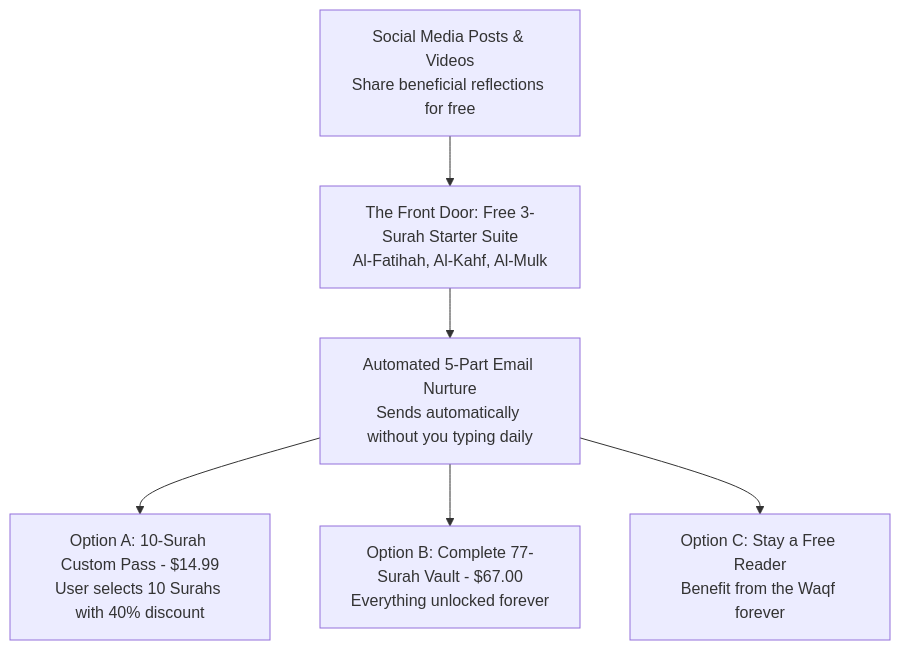
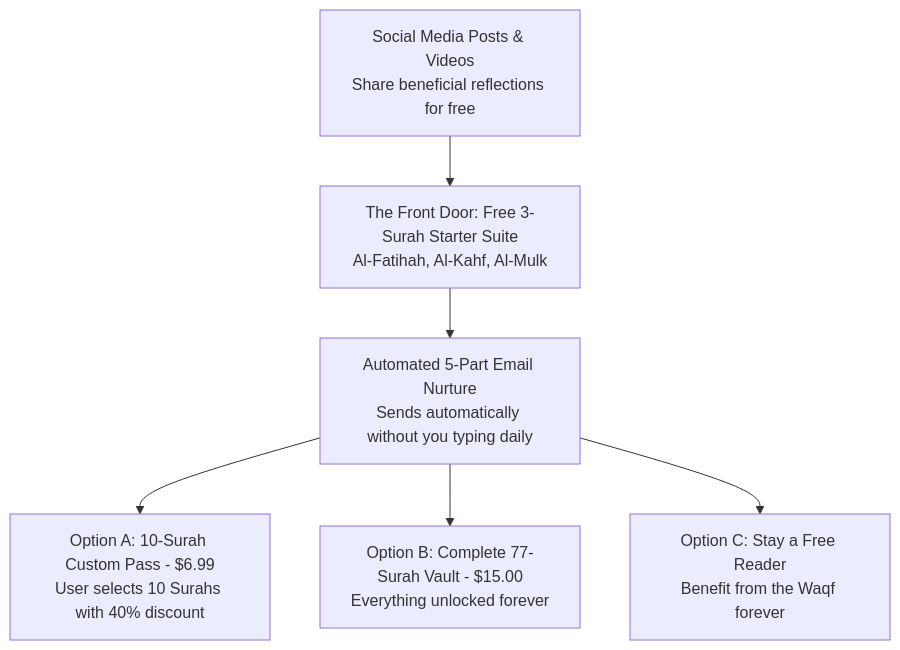
The diagram in newbiecampaign.md (ben-kodbiz/quran-camp), drawn with Mermaid before and after one commit. The commit also changed other lines of this file and 6 other files, not shown here.

````diff
--- a/newbiecampaign.md
+++ b/newbiecampaign.md
@@ -26,9 +26,9 @@
 ```mermaid
 graph TD
   SOC[Social Media Posts & Videos<br>Share beneficial reflections for free] --> GATE[The Front Door: Free 3-Surah Starter Suite<br>Al-Fatihah, Al-Kahf, Al-Mulk]
   GATE --> EMAIL[Automated 5-Part Email Nurture<br>Sends automatically without you typing daily]
   
-  EMAIL --> BUY1[Option A: 10-Surah Custom Pass - $14.99<br>User selects 10 Surahs with 40% discount]
-  EMAIL --> BUY2[Option B: Complete 77-Surah Vault - $67.00<br>Everything unlocked forever]
+  EMAIL --> BUY1[Option A: 10-Surah Custom Pass - $6.99<br>User selects 10 Surahs with 40% discount]
+  EMAIL --> BUY2[Option B: Complete 77-Surah Vault - $15.00<br>Everything unlocked forever]
   EMAIL --> FREE[Option C: Stay a Free Reader<br>Benefit from the Waqf forever]
 ```
````
